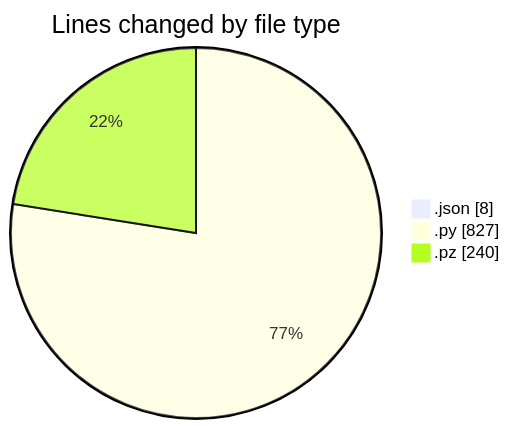
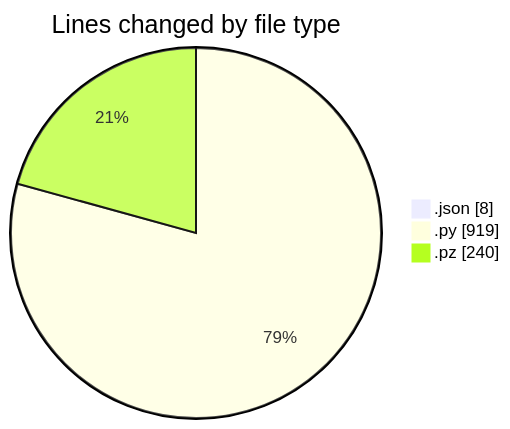
One commit to MatusMokan/code-tracking changed the first of 2 diagrams in 2025-02-18/myws__workspace_/README.md. Above: the diagram before and after it, drawn with Mermaid. The commit also changed other lines of this file and 1 other file, not shown here.

````diff
--- a/2025-02-18/myws__workspace_/README.md
+++ b/2025-02-18/myws__workspace_/README.md
@@ -26,7 +26,7 @@
 ```mermaid
 pie showData
 title Lines changed by file type
 ".json" : 8
-".py" : 827
+".py" : 919
 ".pz" : 240
 ```
````
